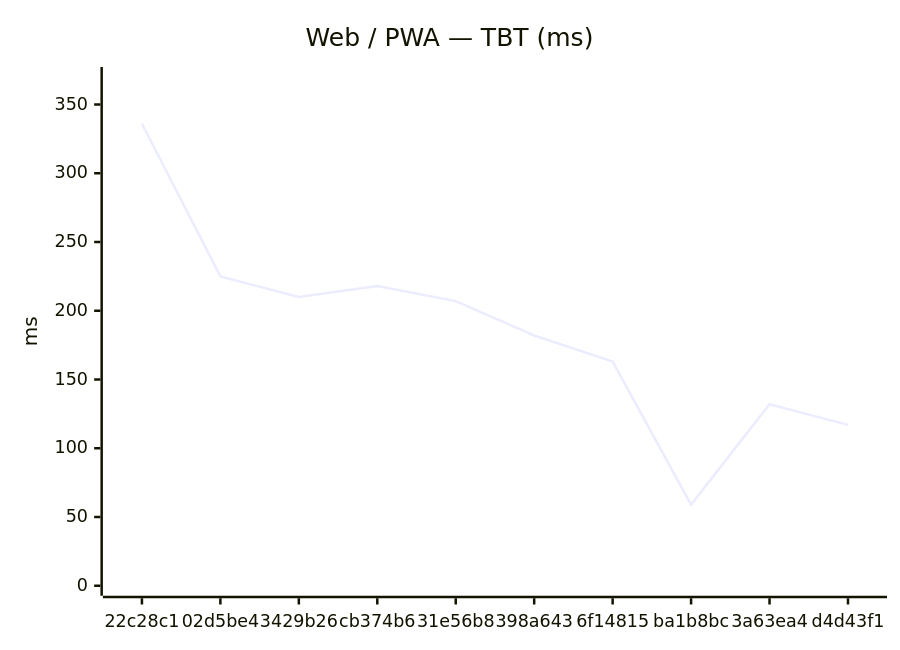
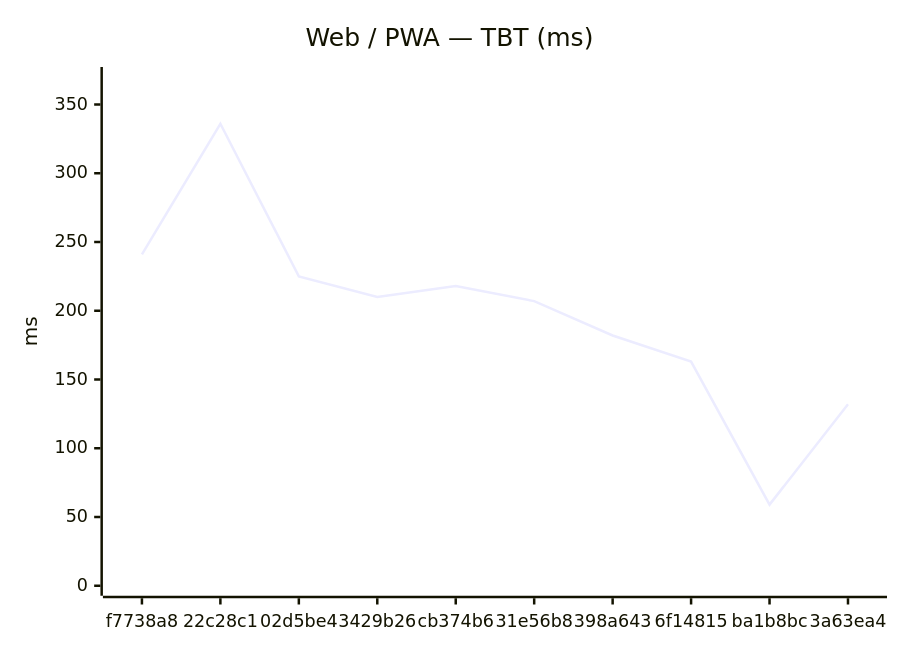
The second of 18 diagrams in benchmarks/compare.md (Metaheurist/Rianell), drawn with Mermaid before and after one commit. The commit also changed other lines of this file and 11 other files, not shown here.

````diff
--- a/benchmarks/compare.md
+++ b/benchmarks/compare.md
@@ -31,7 +31,7 @@
 ```mermaid
 xychart-beta
     title "Web / PWA — TBT (ms)"
-    x-axis ["22c28c1", "02d5be4", "3429b26", "cb374b6", "31e56b8", "398a643", "6f14815", "ba1b8bc", "3a63ea4", "d4d43f1"]
+    x-axis ["f7738a8", "22c28c1", "02d5be4", "3429b26", "cb374b6", "31e56b8", "398a643", "6f14815", "ba1b8bc", "3a63ea4"]
     y-axis "ms" 0 --> 370
-    line [336, 225, 210, 218, 207, 182, 163, 59, 132, 117]
+    line [241, 336, 225, 210, 218, 207, 182, 163, 59, 132]
 ```
````
